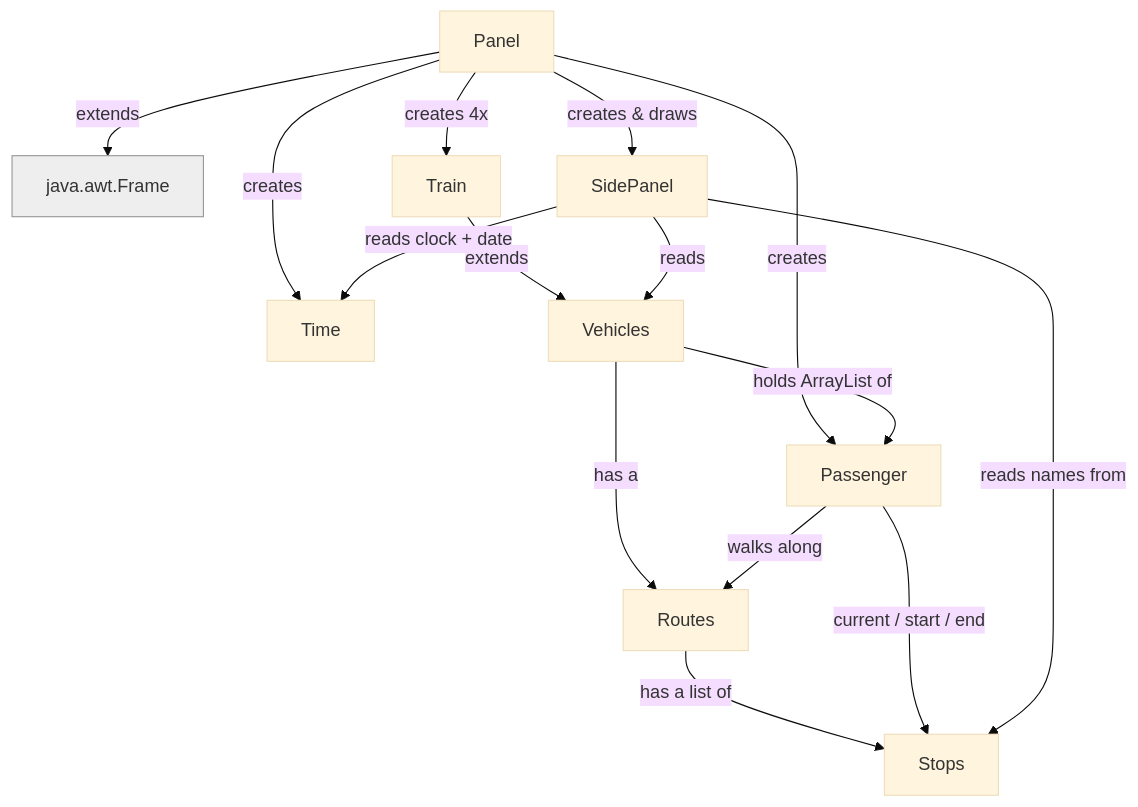
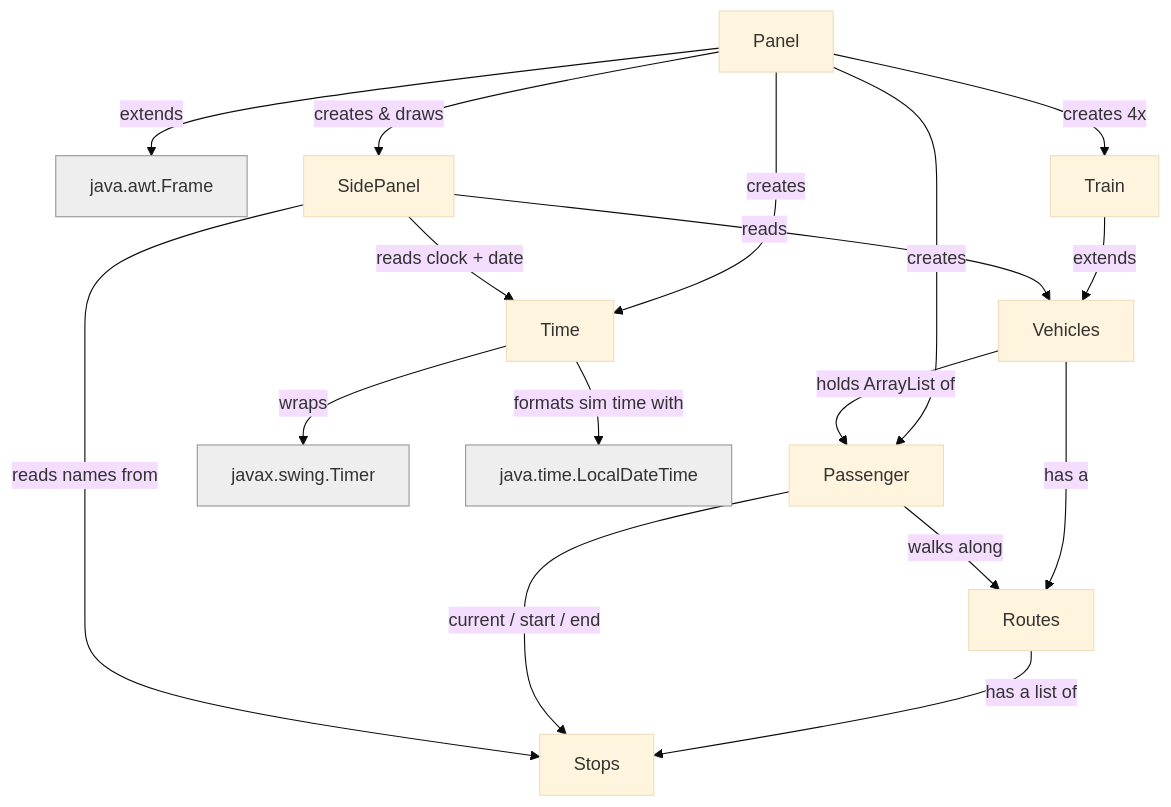
Before and after one commit to minwu85/comp2000-project: the diagram in README.md, drawn with Mermaid (base theme).

Commit message:
update: md class link

````diff
--- a/README.md
+++ b/README.md
@@ -12,24 +12,26 @@
 ```mermaid
 graph TD
     Frame[java.awt.Frame]:::ext
     Panel -->|extends| Frame
     Panel -->|creates & draws| SidePanel
     Panel -->|creates 4x| Train
     Panel -->|creates| Passenger
     Panel -->|creates| Time
 
     Train -->|extends| Vehicles
     Vehicles -->|has a| Routes
     Vehicles -->|holds ArrayList of| Passenger
     Routes -->|has a list of| Stops
 
     Passenger -->|walks along| Routes
     Passenger -->|current / start / end| Stops
 
     SidePanel -->|reads| Vehicles
     SidePanel -->|reads clock + date| Time
     SidePanel -->|reads names from| Stops
 
- 
+    Time -->|wraps| Timer[javax.swing.Timer]:::ext
+    Time -->|formats sim time with| DateTime[java.time.LocalDateTime]:::ext
+
     classDef ext fill:#eee,stroke:#999,color:#333;
 ```
````
